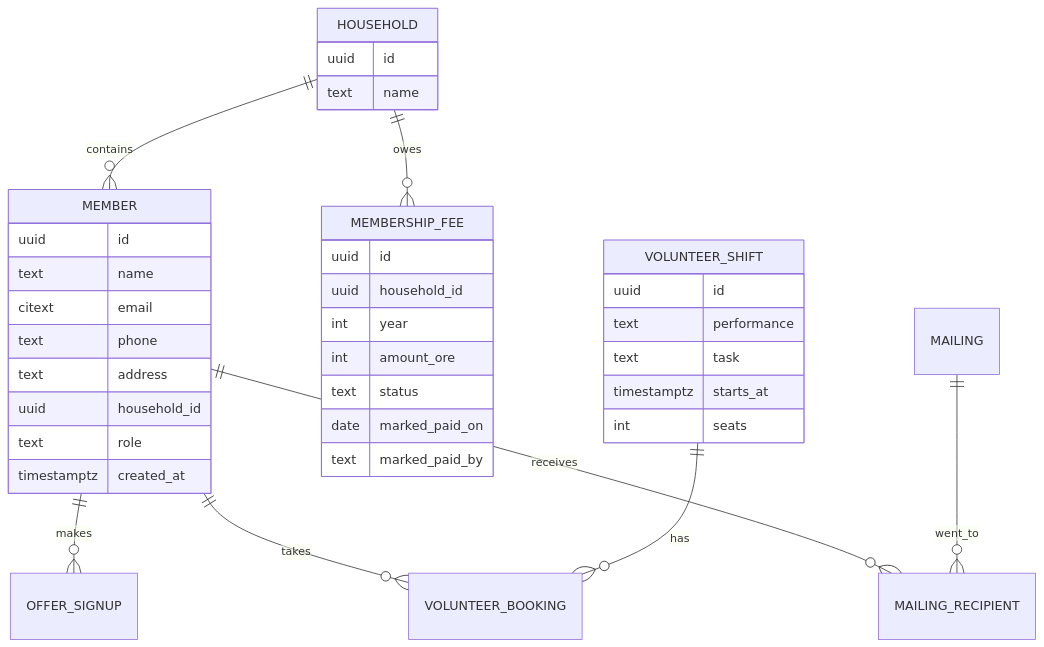
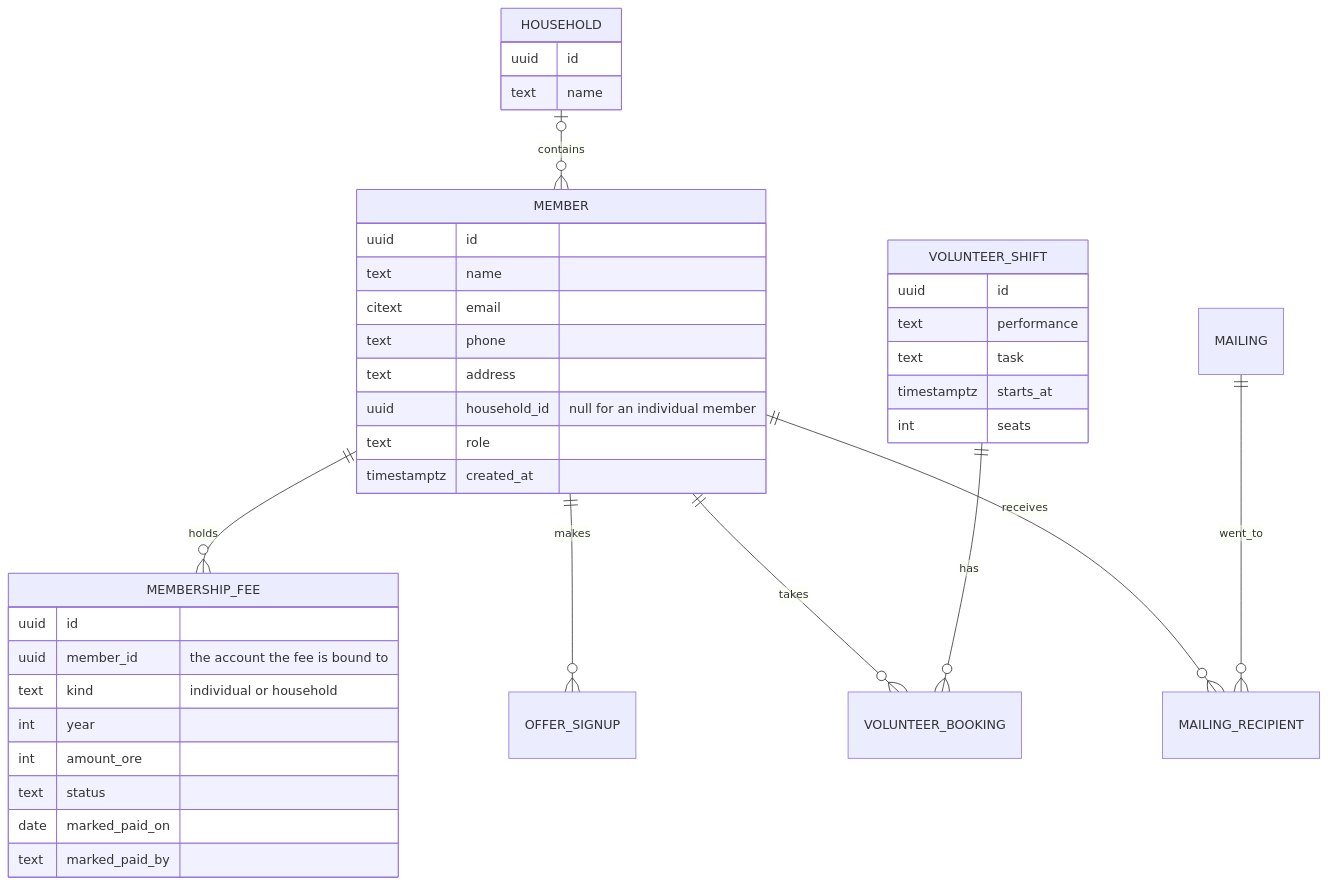
Before and after one commit to AlexanderReaper7/teaterihuskvarna: the fourth of 4 diagrams in docs/projektplan.md, drawn with Mermaid. The commit also changed other lines of this file and 6 other files, not shown here.

````diff
--- a/docs/projektplan.md
+++ b/docs/projektplan.md
@@ -146,41 +163,42 @@
 ```mermaid
 erDiagram
-    HOUSEHOLD ||--o{ MEMBER : contains
-    HOUSEHOLD ||--o{ MEMBERSHIP_FEE : owes
+    HOUSEHOLD |o--o{ MEMBER : contains
+    MEMBER ||--o{ MEMBERSHIP_FEE : holds
     MEMBER ||--o{ OFFER_SIGNUP : makes
     MEMBER ||--o{ VOLUNTEER_BOOKING : takes
     MEMBER ||--o{ MAILING_RECIPIENT : receives
     VOLUNTEER_SHIFT ||--o{ VOLUNTEER_BOOKING : has
     MAILING ||--o{ MAILING_RECIPIENT : went_to
 
     MEMBER {
         uuid id
         text name
         citext email
         text phone
         text address
-        uuid household_id
+        uuid household_id "null for an individual member"
         text role
         timestamptz created_at
     }
     HOUSEHOLD {
         uuid id
         text name
     }
     MEMBERSHIP_FEE {
         uuid id
-        uuid household_id
+        uuid member_id "the account the fee is bound to"
+        text kind "individual or household"
         int year
         int amount_ore
         text status
         date marked_paid_on
         text marked_paid_by
     }
     VOLUNTEER_SHIFT {
         uuid id
         text performance
         text task
         timestamptz starts_at
         int seats
     }
 ```
````
